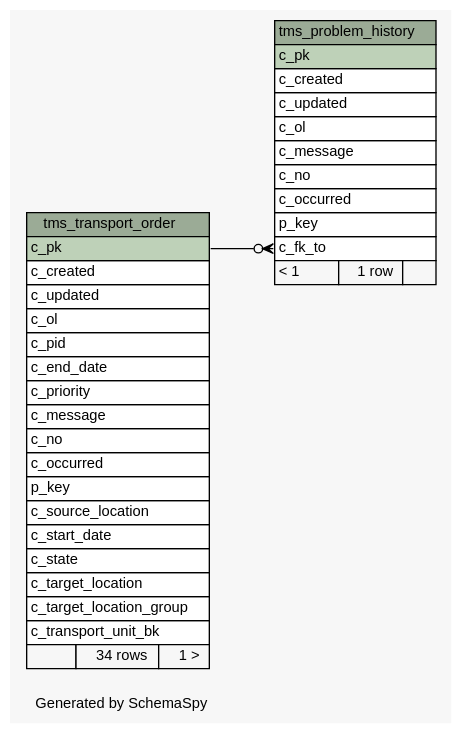
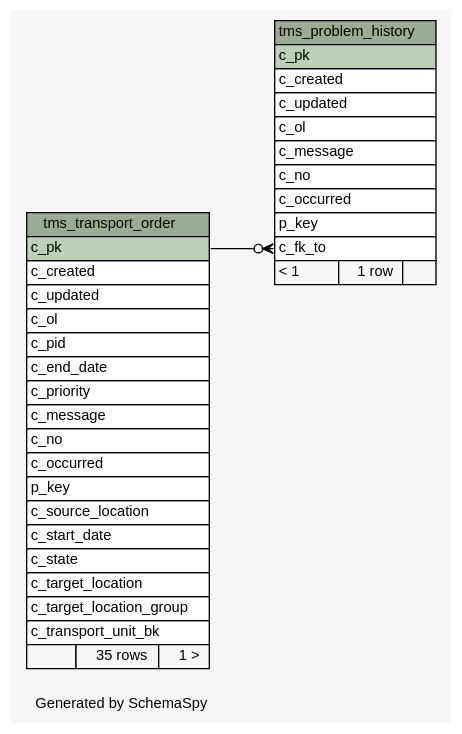
One commit to openwms/org.openwms.tms.transportation changed the diagram in 1.4.0-SNAPSHOT/schemaspy/diagrams/summary/relationships.real.large.dot. Above: the diagram before and after it, drawn with Graphviz. The commit also changed 303 other files, not shown here.

```diff
--- a/1.4.0-SNAPSHOT/schemaspy/diagrams/summary/relationships.real.large.dot
+++ b/1.4.0-SNAPSHOT/schemaspy/diagrams/summary/relationships.real.large.dot
@@ -1,67 +1,67 @@
 // dot 2.36.0 on Linux 4.4.0-101-generic
 // SchemaSpy rev Unknown
 digraph "largeRelationshipsDiagram" {
   graph [
     rankdir="RL"
     bgcolor="#f7f7f7"
     label="\nGenerated by SchemaSpy"
     labeljust="l"
     nodesep="0.18"
     ranksep="0.46"
     fontname="Helvetica"
     fontsize="11"
   ];
   node [
     fontname="Helvetica"
     fontsize="11"
     shape="plaintext"
   ];
   edge [
     arrowsize="0.8"
   ];
   "tms_problem_history" [
     label=<
     <TABLE BORDER="0" CELLBORDER="1" CELLSPACING="0" BGCOLOR="#ffffff">
       <TR><TD COLSPAN="3" BGCOLOR="#9bab96" ALIGN="CENTER">tms_problem_history</TD></TR>
       <TR><TD PORT="c_pk" COLSPAN="3" BGCOLOR="#bed1b8" ALIGN="LEFT">c_pk</TD></TR>
       <TR><TD PORT="c_created" COLSPAN="3" ALIGN="LEFT">c_created</TD></TR>
       <TR><TD PORT="c_updated" COLSPAN="3" ALIGN="LEFT">c_updated</TD></TR>
       <TR><TD PORT="c_ol" COLSPAN="3" ALIGN="LEFT">c_ol</TD></TR>
       <TR><TD PORT="c_message" COLSPAN="3" ALIGN="LEFT">c_message</TD></TR>
       <TR><TD PORT="c_no" COLSPAN="3" ALIGN="LEFT">c_no</TD></TR>
       <TR><TD PORT="c_occurred" COLSPAN="3" ALIGN="LEFT">c_occurred</TD></TR>
       <TR><TD PORT="p_key" COLSPAN="3" ALIGN="LEFT">p_key</TD></TR>
       <TR><TD PORT="c_fk_to" COLSPAN="3" ALIGN="LEFT">c_fk_to</TD></TR>
       <TR><TD ALIGN="LEFT" BGCOLOR="#f7f7f7">&lt; 1</TD><TD ALIGN="RIGHT" BGCOLOR="#f7f7f7">1 row</TD><TD ALIGN="RIGHT" BGCOLOR="#f7f7f7">  </TD></TR>
     </TABLE>>
     URL="tables/tms_problem_history.html"
     tooltip="tms_problem_history"
   ];
   "tms_transport_order" [
     label=<
     <TABLE BORDER="0" CELLBORDER="1" CELLSPACING="0" BGCOLOR="#ffffff">
       <TR><TD COLSPAN="3" BGCOLOR="#9bab96" ALIGN="CENTER">tms_transport_order</TD></TR>
       <TR><TD PORT="c_pk" COLSPAN="3" BGCOLOR="#bed1b8" ALIGN="LEFT">c_pk</TD></TR>
       <TR><TD PORT="c_created" COLSPAN="3" ALIGN="LEFT">c_created</TD></TR>
       <TR><TD PORT="c_updated" COLSPAN="3" ALIGN="LEFT">c_updated</TD></TR>
       <TR><TD PORT="c_ol" COLSPAN="3" ALIGN="LEFT">c_ol</TD></TR>
       <TR><TD PORT="c_pid" COLSPAN="3" ALIGN="LEFT">c_pid</TD></TR>
       <TR><TD PORT="c_end_date" COLSPAN="3" ALIGN="LEFT">c_end_date</TD></TR>
       <TR><TD PORT="c_priority" COLSPAN="3" ALIGN="LEFT">c_priority</TD></TR>
       <TR><TD PORT="c_message" COLSPAN="3" ALIGN="LEFT">c_message</TD></TR>
       <TR><TD PORT="c_no" COLSPAN="3" ALIGN="LEFT">c_no</TD></TR>
       <TR><TD PORT="c_occurred" COLSPAN="3" ALIGN="LEFT">c_occurred</TD></TR>
       <TR><TD PORT="p_key" COLSPAN="3" ALIGN="LEFT">p_key</TD></TR>
       <TR><TD PORT="c_source_location" COLSPAN="3" ALIGN="LEFT">c_source_location</TD></TR>
       <TR><TD PORT="c_start_date" COLSPAN="3" ALIGN="LEFT">c_start_date</TD></TR>
       <TR><TD PORT="c_state" COLSPAN="3" ALIGN="LEFT">c_state</TD></TR>
       <TR><TD PORT="c_target_location" COLSPAN="3" ALIGN="LEFT">c_target_location</TD></TR>
       <TR><TD PORT="c_target_location_group" COLSPAN="3" ALIGN="LEFT">c_target_location_group</TD></TR>
       <TR><TD PORT="c_transport_unit_bk" COLSPAN="3" ALIGN="LEFT">c_transport_unit_bk</TD></TR>
-      <TR><TD ALIGN="LEFT" BGCOLOR="#f7f7f7">  </TD><TD ALIGN="RIGHT" BGCOLOR="#f7f7f7">34 rows</TD><TD ALIGN="RIGHT" BGCOLOR="#f7f7f7">1 &gt;</TD></TR>
+      <TR><TD ALIGN="LEFT" BGCOLOR="#f7f7f7">  </TD><TD ALIGN="RIGHT" BGCOLOR="#f7f7f7">35 rows</TD><TD ALIGN="RIGHT" BGCOLOR="#f7f7f7">1 &gt;</TD></TR>
     </TABLE>>
     URL="tables/tms_transport_order.html"
     tooltip="tms_transport_order"
   ];
   "tms_problem_history":"c_fk_to":w -> "tms_transport_order":"c_pk":e [arrowhead=none dir=back arrowtail=crowodot];
 }
```
